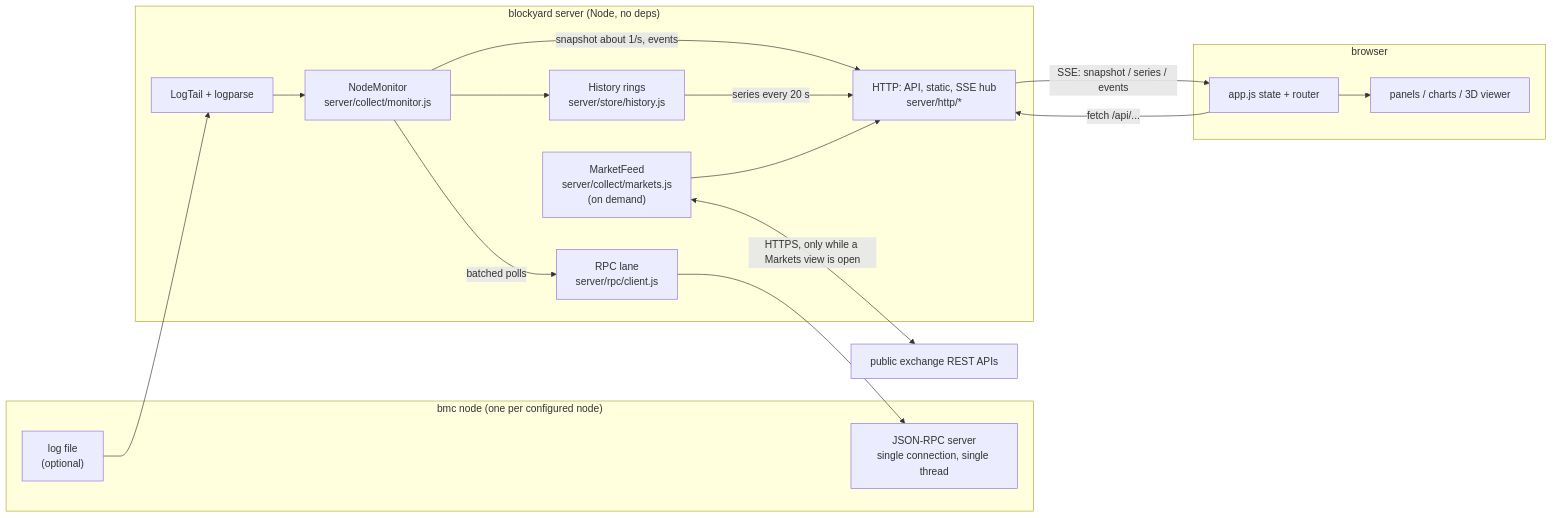
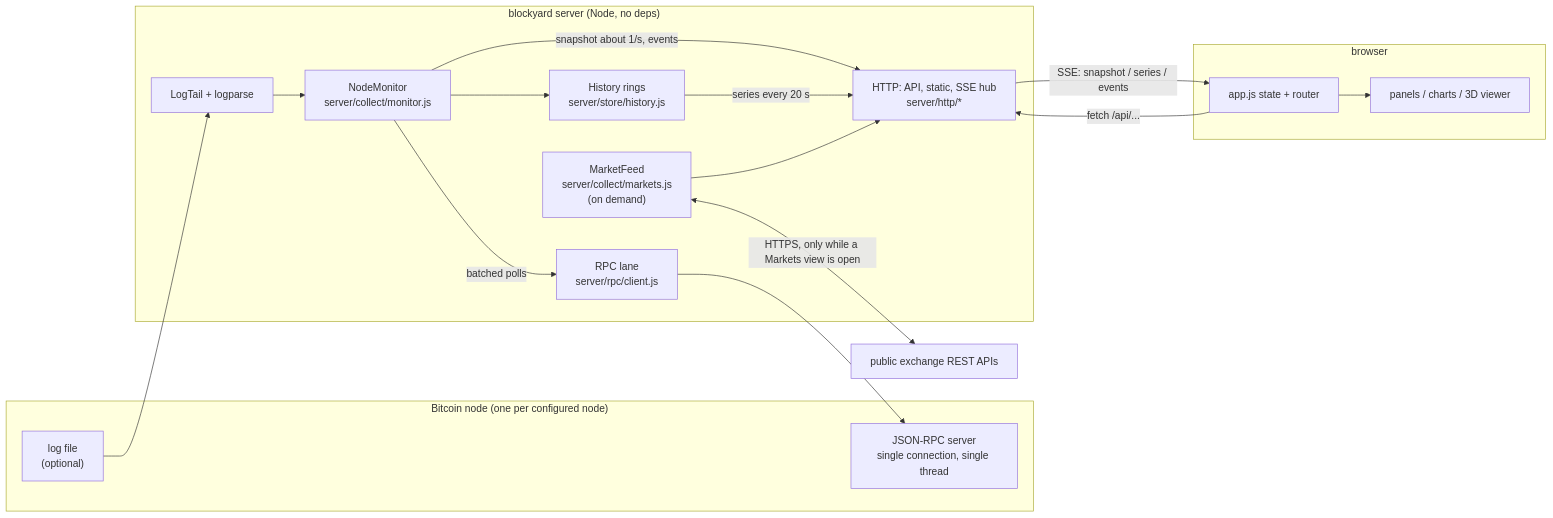
One commit to BobClawblaw/blockyard changed the first of 7 diagrams in docs/ARCHITECTURE.md. Above: the diagram before and after it, drawn with Mermaid. The commit also changed other lines of this file and 22 other files, not shown here.

````diff
--- a/docs/ARCHITECTURE.md
+++ b/docs/ARCHITECTURE.md
@@ -29,34 +29,34 @@
 ```mermaid
 flowchart LR
-  subgraph node["bmc node (one per configured node)"]
+  subgraph node["Bitcoin node (one per configured node)"]
     RPC["JSON-RPC server<br/>single connection, single thread"]
     LOG["log file<br/>(optional)"]
   end
 
   subgraph server["blockyard server (Node, no deps)"]
     LANE["RPC lane<br/>server/rpc/client.js"]
     MON["NodeMonitor<br/>server/collect/monitor.js"]
     TAIL["LogTail + logparse"]
     HIST["History rings<br/>server/store/history.js"]
     MKT["MarketFeed<br/>server/collect/markets.js<br/>(on demand)"]
     HTTP["HTTP: API, static, SSE hub<br/>server/http/*"]
   end
 
   subgraph browser["browser"]
     APP["app.js state + router"]
     PANELS["panels / charts / 3D viewer"]
   end
 
   EX["public exchange REST APIs"]
 
   MON -->|"batched polls"| LANE --> RPC
   LOG --> TAIL --> MON
   MON --> HIST
   MON -->|"snapshot about 1/s, events"| HTTP
   HIST -->|"series every 20 s"| HTTP
   MKT <-->|"HTTPS, only while a Markets view is open"| EX
   MKT --> HTTP
   HTTP -->|"SSE: snapshot / series / events"| APP
   APP -->|"fetch /api/..."| HTTP
   APP --> PANELS
 ```
````
